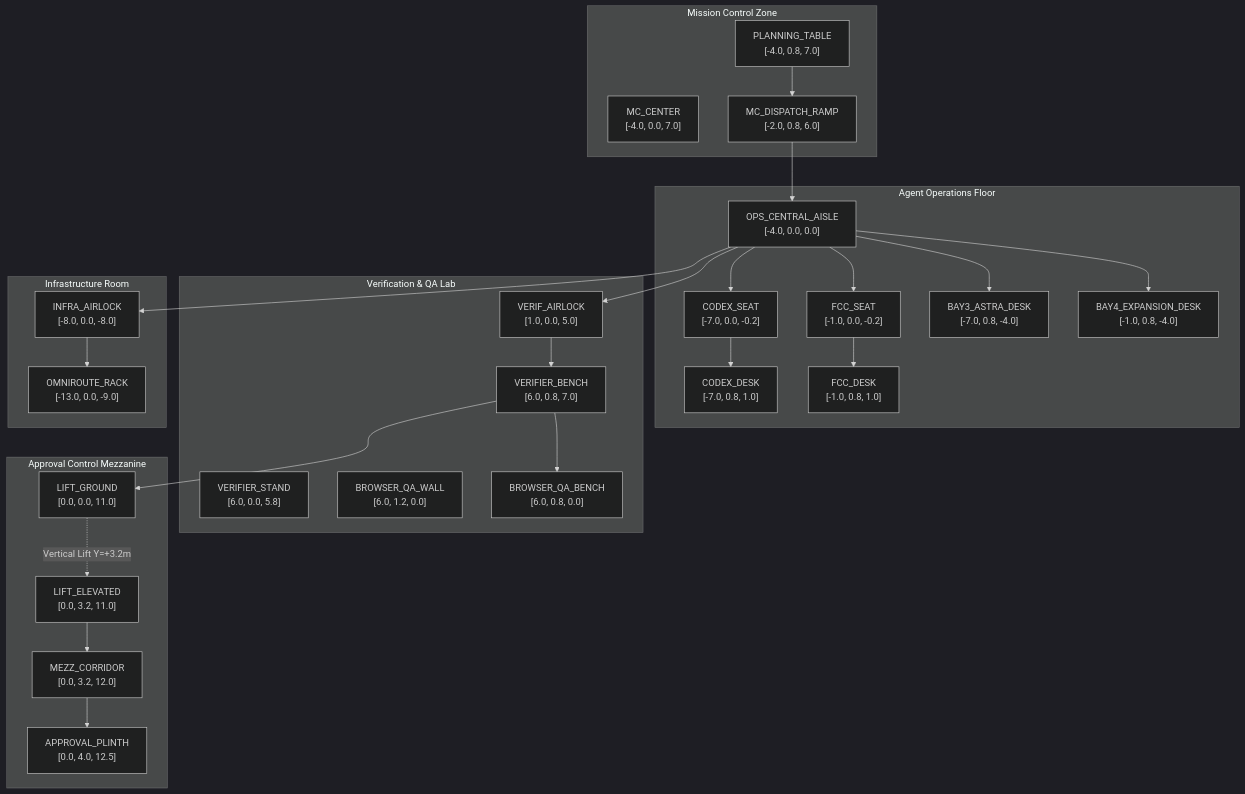
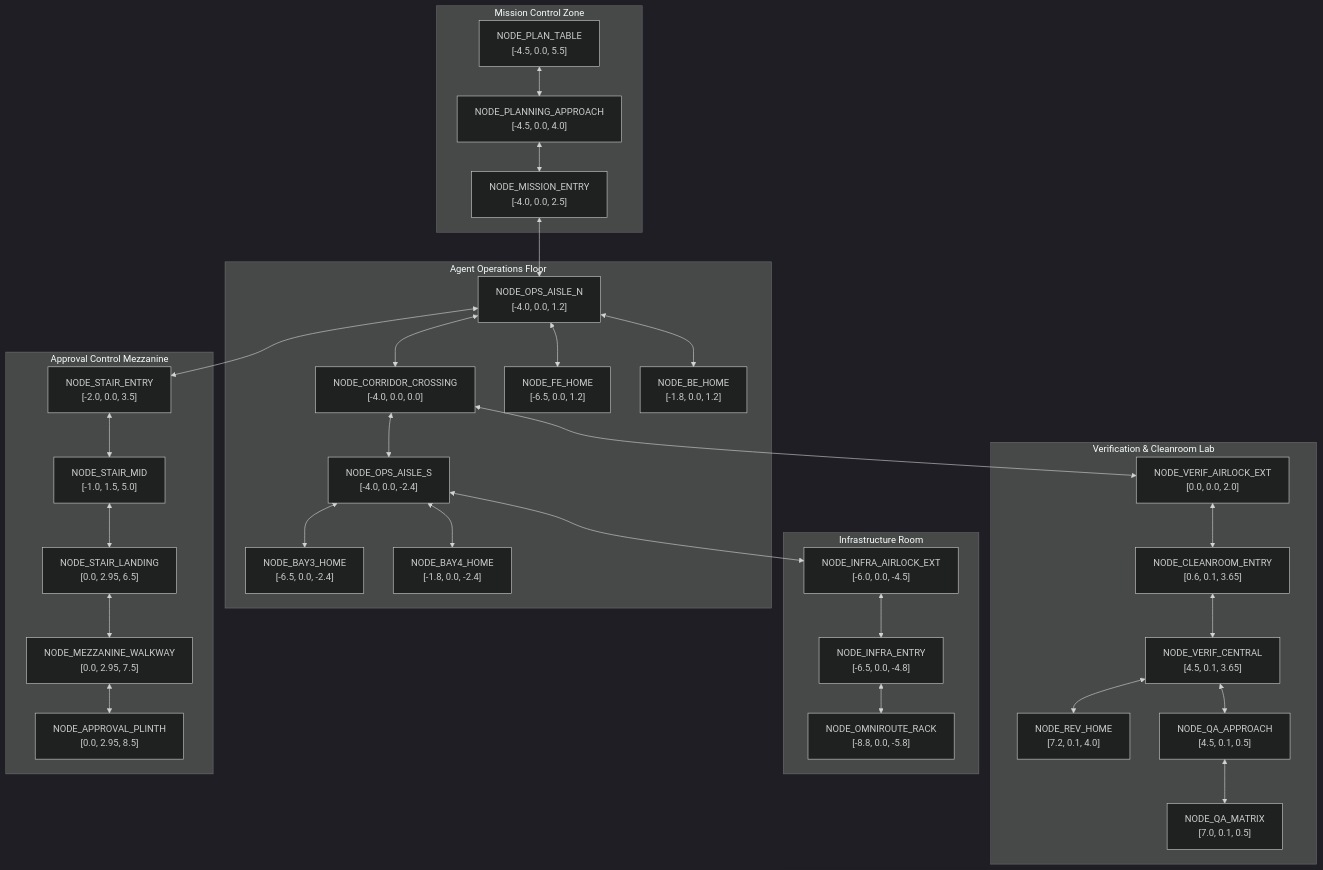
Before and after one commit to Smarak-padhi/Gravitas: the diagram in docs/3d-hq/NAVIGATION_GRAPH.md, drawn with Mermaid (dark theme). The commit also changed other lines of this file and 22 other files, not shown here.

````diff
--- a/docs/3d-hq/NAVIGATION_GRAPH.md
+++ b/docs/3d-hq/NAVIGATION_GRAPH.md
@@ -13,56 +19,53 @@
 ```mermaid
 graph TD
     subgraph MissionControl [Mission Control Zone]
-        N_MC_CENTER["MC_CENTER<br>[-4.0, 0.0, 7.0]"]
-        N_PLAN_TABLE["PLANNING_TABLE<br>[-4.0, 0.8, 7.0]"]
-        N_MC_DISPATCH["MC_DISPATCH_RAMP<br>[-2.0, 0.8, 6.0]"]
+        N_PLAN_TABLE["NODE_PLAN_TABLE<br>[-4.5, 0.0, 5.5]"]
+        N_PLAN_APPROACH["NODE_PLANNING_APPROACH<br>[-4.5, 0.0, 4.0]"]
+        N_MISSION_ENTRY["NODE_MISSION_ENTRY<br>[-4.0, 0.0, 2.5]"]
     end
 
     subgraph OperationsFloor [Agent Operations Floor]
-        N_OPS_CORRIDOR["OPS_CENTRAL_AISLE<br>[-4.0, 0.0, 0.0]"]
-        N_CODEX_DESK["CODEX_DESK<br>[-7.0, 0.8, 1.0]"]
-        N_CODEX_SEAT["CODEX_SEAT<br>[-7.0, 0.0, -0.2]"]
-        N_FCC_DESK["FCC_DESK<br>[-1.0, 0.8, 1.0]"]
-        N_FCC_SEAT["FCC_SEAT<br>[-1.0, 0.0, -0.2]"]
-        N_BAY3_DESK["BAY3_ASTRA_DESK<br>[-7.0, 0.8, -4.0]"]
-        N_BAY4_DESK["BAY4_EXPANSION_DESK<br>[-1.0, 0.8, -4.0]"]
+        N_CORRIDOR["NODE_CORRIDOR_CROSSING<br>[-4.0, 0.0, 0.0]"]
+        N_OPS_AISLE_N["NODE_OPS_AISLE_N<br>[-4.0, 0.0, 1.2]"]
+        N_OPS_AISLE_S["NODE_OPS_AISLE_S<br>[-4.0, 0.0, -2.4]"]
+        N_FE_HOME["NODE_FE_HOME<br>[-6.5, 0.0, 1.2]"]
+        N_BE_HOME["NODE_BE_HOME<br>[-1.8, 0.0, 1.2]"]
+        N_BAY3_HOME["NODE_BAY3_HOME<br>[-6.5, 0.0, -2.4]"]
+        N_BAY4_HOME["NODE_BAY4_HOME<br>[-1.8, 0.0, -2.4]"]
     end
 
-    subgraph VerificationZone [Verification & QA Lab]
-        N_VERIF_AIRLOCK["VERIF_AIRLOCK<br>[1.0, 0.0, 5.0]"]
-        N_VERIF_BENCH["VERIFIER_BENCH<br>[6.0, 0.8, 7.0]"]
-        N_VERIF_SEAT["VERIFIER_STAND<br>[6.0, 0.0, 5.8]"]
-        N_BQA_WALL["BROWSER_QA_WALL<br>[6.0, 1.2, 0.0]"]
-        N_BQA_BENCH["BROWSER_QA_BENCH<br>[6.0, 0.8, 0.0]"]
+    subgraph VerificationZone [Verification & Cleanroom Lab]
+        N_VERIF_AIRLOCK_EXT["NODE_VERIF_AIRLOCK_EXT<br>[0.0, 0.0, 2.0]"]
+        N_CLEANROOM_ENTRY["NODE_CLEANROOM_ENTRY<br>[0.6, 0.1, 3.65]"]
+        N_VERIF_CENTRAL["NODE_VERIF_CENTRAL<br>[4.5, 0.1, 3.65]"]
+        N_REV_HOME["NODE_REV_HOME<br>[7.2, 0.1, 4.0]"]
+        N_QA_APPROACH["NODE_QA_APPROACH<br>[4.5, 0.1, 0.5]"]
+        N_QA_MATRIX["NODE_QA_MATRIX<br>[7.0, 0.1, 0.5]"]
     end
 
     subgraph InfrastructureZone [Infrastructure Room]
-        N_INFRA_AIRLOCK["INFRA_AIRLOCK<br>[-8.0, 0.0, -8.0]"]
-        N_INFRA_RACK["OMNIROUTE_RACK<br>[-13.0, 0.0, -9.0]"]
+        N_INFRA_AIRLOCK_EXT["NODE_INFRA_AIRLOCK_EXT<br>[-6.0, 0.0, -4.5]"]
+        N_INFRA_ENTRY["NODE_INFRA_ENTRY<br>[-6.5, 0.0, -4.8]"]
+        N_OMNIROUTE_RACK["NODE_OMNIROUTE_RACK<br>[-8.8, 0.0, -5.8]"]
     end
 
     subgraph MezzanineZone [Approval Control Mezzanine]
-        N_LIFT_GROUND["LIFT_GROUND<br>[0.0, 0.0, 11.0]"]
-        N_LIFT_ELEVATED["LIFT_ELEVATED<br>[0.0, 3.2, 11.0]"]
-        N_MEZZ_CORRIDOR["MEZZ_CORRIDOR<br>[0.0, 3.2, 12.0]"]
-        N_APPROVAL_PLINTH["APPROVAL_PLINTH<br>[0.0, 4.0, 12.5]"]
+        N_STAIR_ENTRY["NODE_STAIR_ENTRY<br>[-2.0, 0.0, 3.5]"]
+        N_STAIR_MID["NODE_STAIR_MID<br>[-1.0, 1.5, 5.0]"]
+        N_STAIR_LANDING["NODE_STAIR_LANDING<br>[0.0, 2.95, 6.5]"]
+        N_MEZZANINE_WALKWAY["NODE_MEZZANINE_WALKWAY<br>[0.0, 2.95, 7.5]"]
+        N_APPROVAL_PLINTH["NODE_APPROVAL_PLINTH<br>[0.0, 2.95, 8.5]"]
     end
 
-    N_PLAN_TABLE --> N_MC_DISPATCH
-    N_MC_DISPATCH --> N_OPS_CORRIDOR
-    N_OPS_CORRIDOR --> N_CODEX_SEAT
-    N_CODEX_SEAT --> N_CODEX_DESK
-    N_OPS_CORRIDOR --> N_FCC_SEAT
-    N_FCC_SEAT --> N_FCC_DESK
-    N_OPS_CORRIDOR --> N_BAY3_DESK
-    N_OPS_CORRIDOR --> N_BAY4_DESK
-    N_OPS_CORRIDOR --> N_VERIF_AIRLOCK
-    N_VERIF_AIRLOCK --> N_VERIF_BENCH
-    N_VERIF_BENCH --> N_BQA_BENCH
-    N_VERIF_BENCH --> N_LIFT_GROUND
-    N_LIFT_GROUND -.->|Vertical Lift Y=+3.2m| N_LIFT_ELEVATED
-    N_LIFT_ELEVATED --> N_MEZZ_CORRIDOR
-    N_MEZZ_CORRIDOR --> N_APPROVAL_PLINTH
-    N_OPS_CORRIDOR --> N_INFRA_AIRLOCK
-    N_INFRA_AIRLOCK --> N_INFRA_RACK
+    N_PLAN_TABLE <--> N_PLAN_APPROACH <--> N_MISSION_ENTRY <--> N_OPS_AISLE_N
+    N_OPS_AISLE_N <--> N_FE_HOME
+    N_OPS_AISLE_N <--> N_BE_HOME
+    N_OPS_AISLE_N <--> N_CORRIDOR <--> N_OPS_AISLE_S
+    N_OPS_AISLE_S <--> N_BAY3_HOME
+    N_OPS_AISLE_S <--> N_BAY4_HOME
+    N_CORRIDOR <--> N_VERIF_AIRLOCK_EXT <--> N_CLEANROOM_ENTRY <--> N_VERIF_CENTRAL
+    N_VERIF_CENTRAL <--> N_REV_HOME
+    N_VERIF_CENTRAL <--> N_QA_APPROACH <--> N_QA_MATRIX
+    N_OPS_AISLE_S <--> N_INFRA_AIRLOCK_EXT <--> N_INFRA_ENTRY <--> N_OMNIROUTE_RACK
+    N_OPS_AISLE_N <--> N_STAIR_ENTRY <--> N_STAIR_MID <--> N_STAIR_LANDING <--> N_MEZZANINE_WALKWAY <--> N_APPROVAL_PLINTH
 ```
````
